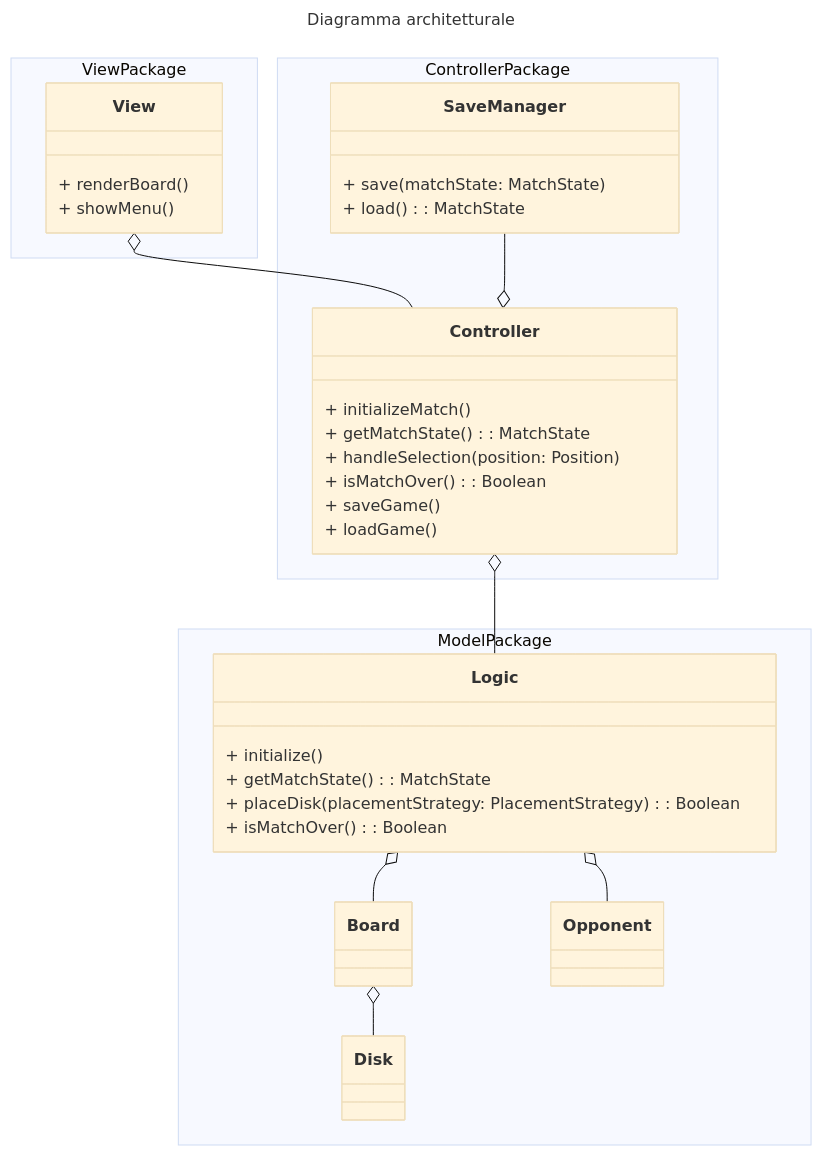
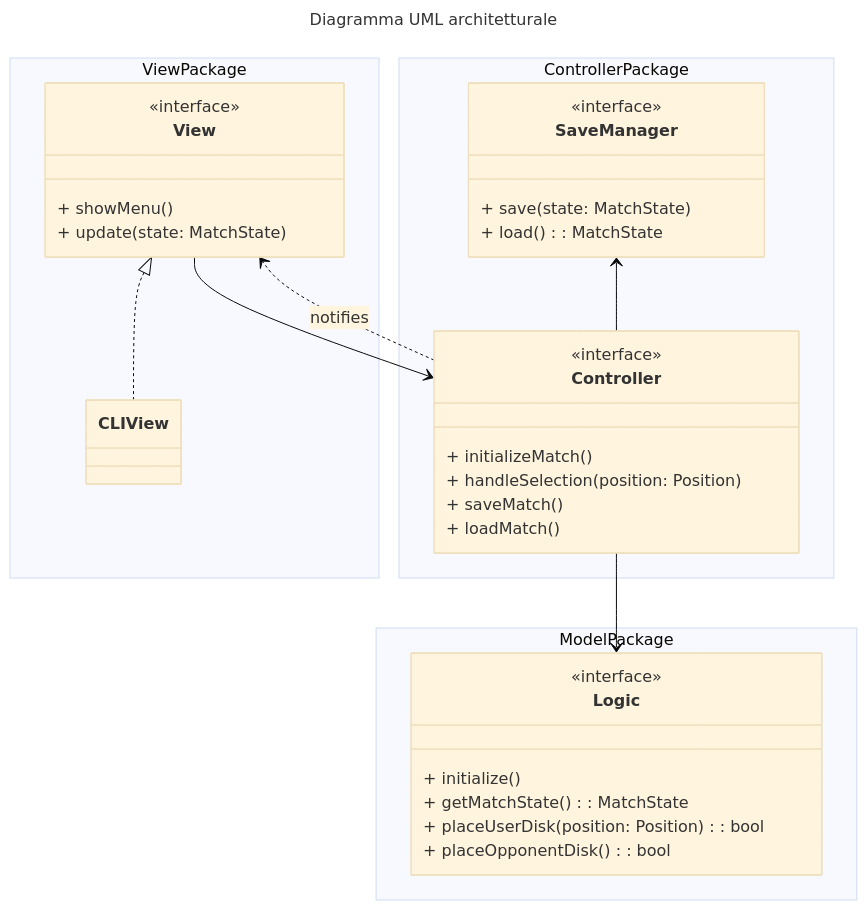
One commit to Borgotto/PPS-25-scalatello changed the first of 2 diagrams in docs/report/4-architectural-design.md. Above: the diagram before and after it, drawn with Mermaid (base theme). The commit also changed other lines of this file and 2 other files, not shown here.

Commit message:
update domain and design diagrams

````diff
--- a/docs/report/4-architectural-design.md
+++ b/docs/report/4-architectural-design.md
@@ -9,48 +9,44 @@
 ```mermaid
 ---
-title: Diagramma architetturale
+title: Diagramma UML architetturale
 ---
 classDiagram
   namespace ViewPackage {
     class View {
-      + renderBoard()
+      <<interface>>
       + showMenu()
+      + update(state: MatchState)
     }
+    class CLIView
   }
   namespace ControllerPackage {
     class Controller {
+      <<interface>>
       + initializeMatch()
-      + getMatchState(): MatchState
       + handleSelection(position: Position)
-      + isMatchOver(): Boolean
-      + saveGame()
-      + loadGame()
+      + saveMatch()
+      + loadMatch()
     }
     class SaveManager {
-      + save(matchState: MatchState)
+      <<interface>>
+      + save(state: MatchState)
       + load(): MatchState
     }
   }
   namespace ModelPackage {
-    class Board {
-    }
-    class Disk {
-    }
     class Logic {
+      <<interface>>
       + initialize()
       + getMatchState(): MatchState
-      + placeDisk(placementStrategy: PlacementStrategy): Boolean
-      + isMatchOver(): Boolean
-    }
-    class Opponent {
+      + placeUserDisk(position: Position): bool
+      + placeOpponentDisk(): bool
     }
   }
 
-  View o-- Controller
-  Controller o-- Logic
-  SaveManager --o Controller
-  
-  Logic o-- Board
-  Logic o-- Opponent
-  Board o-- Disk
+  View --> Controller
+  Controller ..> View : notifies
+  Controller --> Logic
+  SaveManager <-- Controller
+
+  View <|.. CLIView
 ```
````
